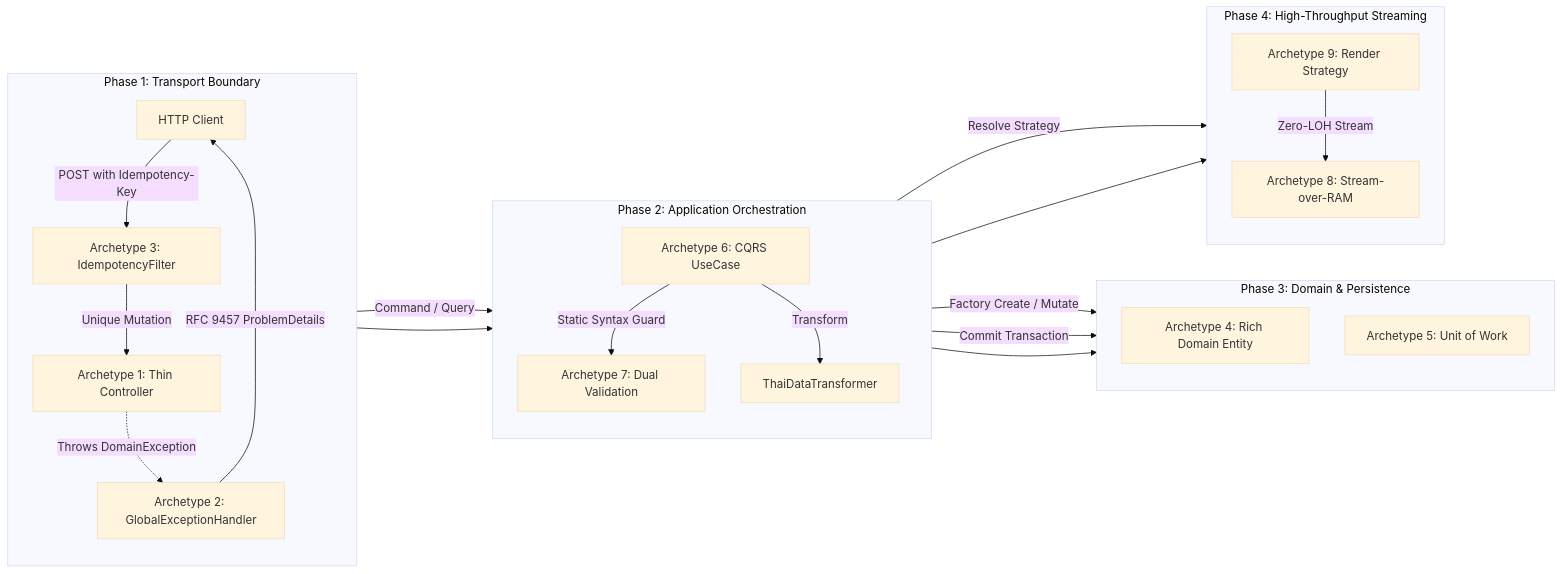
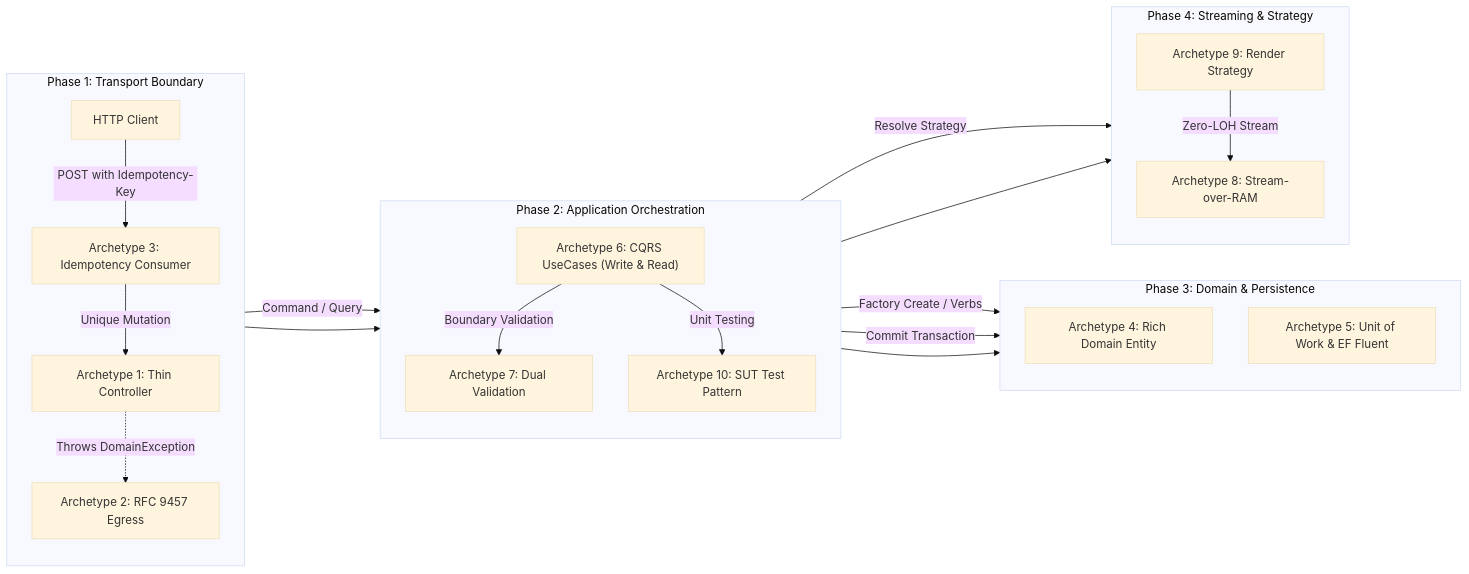
One commit to suang05/doc_template changed the second of 2 diagrams in docs/AI/PATTERNS.md. Above: the diagram before and after it, drawn with Mermaid (base theme). The commit also changed other lines of this file and 1 other file, not shown here.

````diff
--- a/docs/AI/PATTERNS.md
+++ b/docs/AI/PATTERNS.md
@@ -143,33 +114,32 @@
 ```mermaid
 graph LR
     subgraph Phase1["Phase 1: Transport Boundary"]
         direction TB
-        Client["HTTP Client"] -->|"POST with Idempotency-Key"| Idemp["Archetype 3: IdempotencyFilter"]
+        Client["HTTP Client"] -->|"POST with Idempotency-Key"| Idemp["Archetype 3: Idempotency Consumer"]
         Idemp -->|"Unique Mutation"| Ctrl["Archetype 1: Thin Controller"]
-        Ctrl -.->|"Throws DomainException"| ExHandler["Archetype 2: GlobalExceptionHandler"]
-        ExHandler -->|"RFC 9457 ProblemDetails"| Client
+        Ctrl -.->|"Throws DomainException"| ExHandler["Archetype 2: RFC 9457 Egress"]
     end
 
     subgraph Phase2["Phase 2: Application Orchestration"]
         direction TB
-        Ctrl -->|"Command / Query"| UseCase["Archetype 6: CQRS UseCase"]
-        UseCase -->|"Static Syntax Guard"| DualVal["Archetype 7: Dual Validation"]
-        UseCase -->|"Transform"| Thai["ThaiDataTransformer"]
+        Ctrl -->|"Command / Query"| UseCase["Archetype 6: CQRS UseCases (Write & Read)"]
+        UseCase -->|"Boundary Validation"| DualVal["Archetype 7: Dual Validation"]
+        UseCase -->|"Unit Testing"| Test["Archetype 10: SUT Test Pattern"]
     end
 
     subgraph Phase3["Phase 3: Domain & Persistence"]
         direction TB
-        UseCase -->|"Factory Create / Mutate"| Entity["Archetype 4: Rich Domain Entity"]
-        UseCase -->|"Commit Transaction"| UoW["Archetype 5: Unit of Work"]
+        UseCase -->|"Factory Create / Verbs"| Entity["Archetype 4: Rich Domain Entity"]
+        UseCase -->|"Commit Transaction"| UoW["Archetype 5: Unit of Work & EF Fluent"]
     end
 
-    subgraph Phase4["Phase 4: High-Throughput Streaming"]
+    subgraph Phase4["Phase 4: Streaming & Strategy"]
         direction TB
         UseCase -->|"Resolve Strategy"| Engine["Archetype 9: Render Strategy"]
         Engine -->|"Zero-LOH Stream"| StreamPipe["Archetype 8: Stream-over-RAM"]
     end
 
     Phase1 --> Phase2
     Phase2 --> Phase3
     Phase2 --> Phase4
 ```
````
